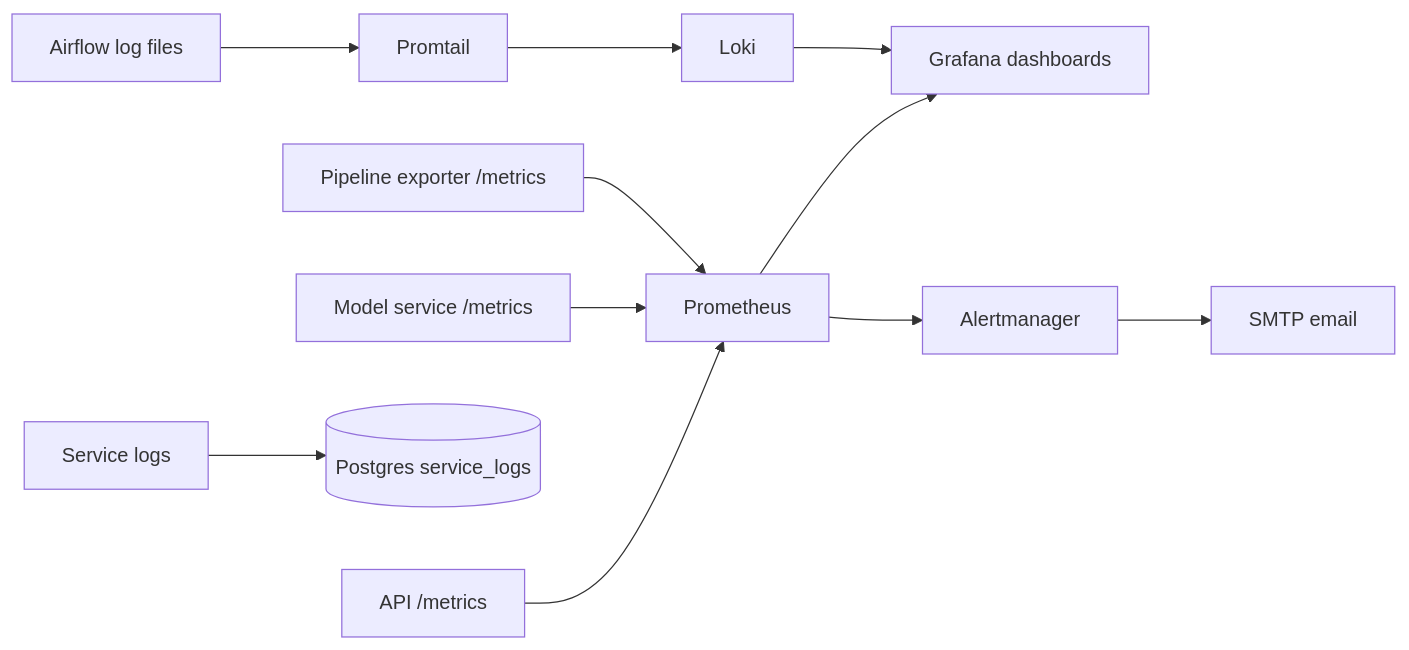
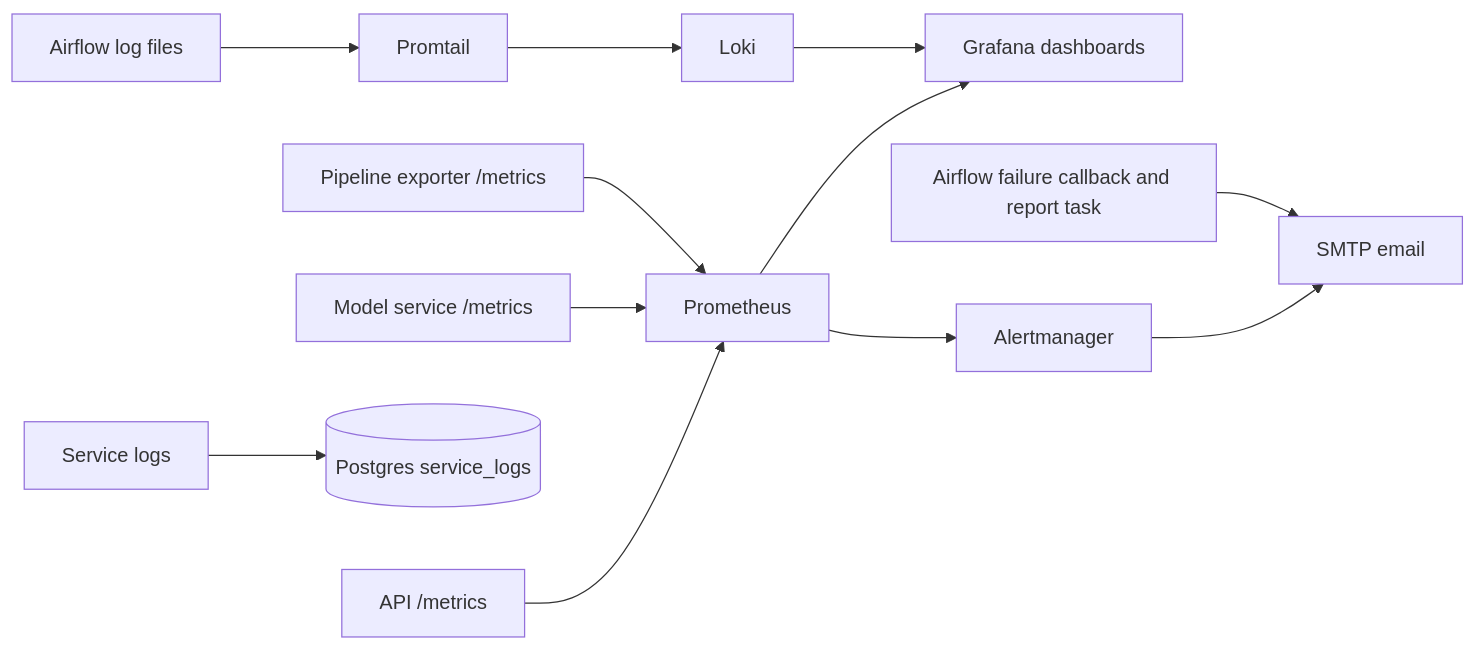
One commit to swadeshbalajee/galaxy_morphology_fp changed the sixth of 6 diagrams in docs/01_ARCHITECTURE.md. Above: the diagram before and after it, drawn with Mermaid. The commit also changed other lines of this file and 12 other files, not shown here.

````diff
--- a/docs/01_ARCHITECTURE.md
+++ b/docs/01_ARCHITECTURE.md
@@ -190,13 +191,14 @@
 ```mermaid
 flowchart LR
   API[API /metrics] --> Prom[Prometheus]
   Model[Model service /metrics] --> Prom
   Exporter[Pipeline exporter /metrics] --> Prom
   Prom --> Grafana[Grafana dashboards]
   ServiceLogs[Service logs] --> PG[(Postgres service_logs)]
   AirflowLogs[Airflow log files] --> Promtail[Promtail]
   Promtail --> Loki[Loki]
   Loki --> Grafana
   Prom --> Alertmanager[Alertmanager]
   Alertmanager --> Email[SMTP email]
+  Airflow[Airflow failure callback and report task] --> Email
 ```
````
